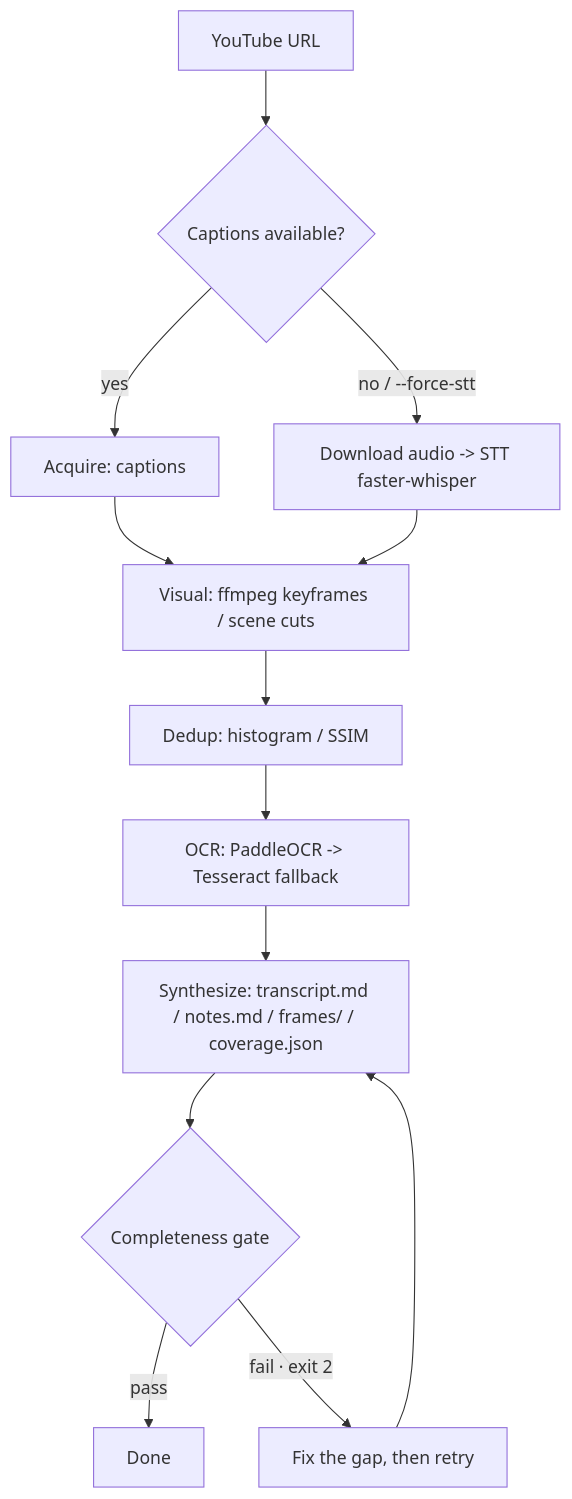
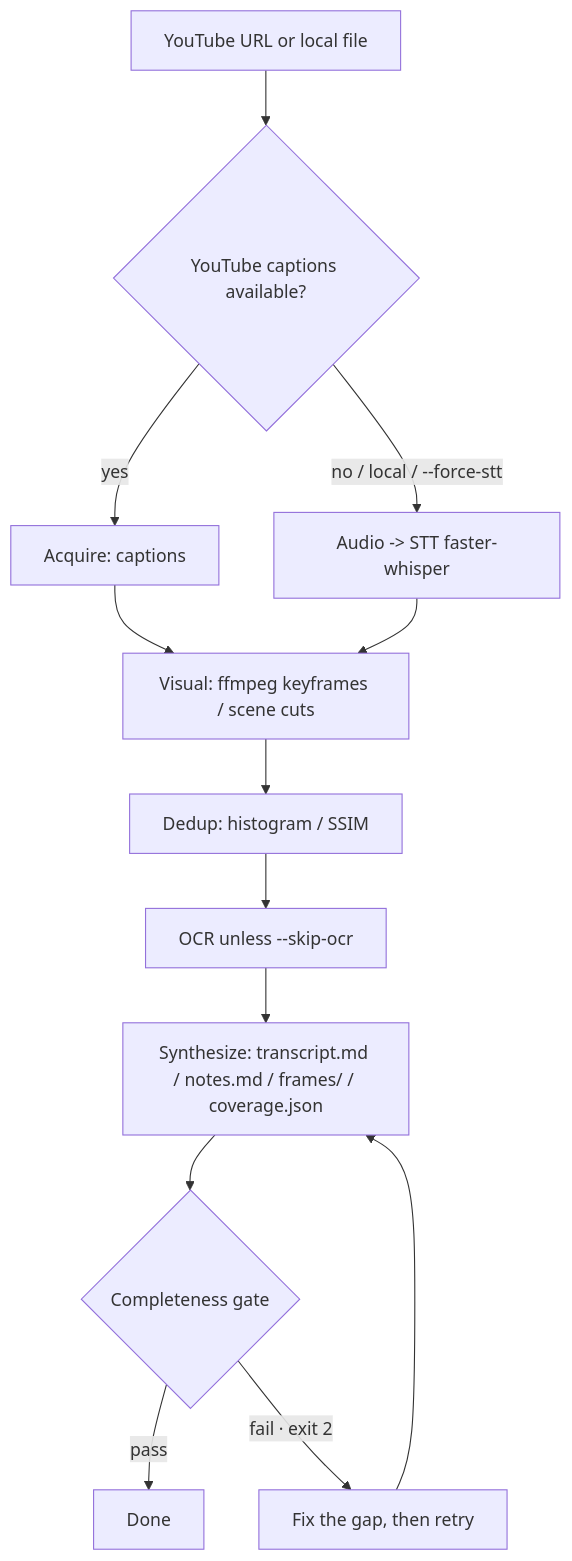
One commit to haesol-shin/lectural changed the diagram in README.md. Above: the diagram before and after it, drawn with Mermaid. The commit also changed other lines of this file and 30 other files, not shown here.

First line of the commit message:
feat(core): accept local lecture files and add skip-ocr mode (#18)

````diff
--- a/README.md
+++ b/README.md
@@ -17,15 +17,15 @@
 ```mermaid
 flowchart TD
-    A[YouTube URL] --> B{Captions available?}
+    A[YouTube URL or local file] --> B{YouTube captions available?}
     B -->|yes| C[Acquire: captions]
-    B -->|no / --force-stt| D[Download audio -> STT faster-whisper]
+    B -->|no / local / --force-stt| D[Audio -> STT faster-whisper]
     C --> E[Visual: ffmpeg keyframes / scene cuts]
     D --> E
     E --> F[Dedup: histogram / SSIM]
-    F --> G[OCR: PaddleOCR -> Tesseract fallback]
+    F --> G[OCR unless --skip-ocr]
     G --> H[Synthesize: transcript.md / notes.md / frames/ / coverage.json]
     H --> I{Completeness gate}
     I -->|pass| J[Done]
     I -->|fail · exit 2| K[Fix the gap, then retry]
     K --> H
 ```
````
